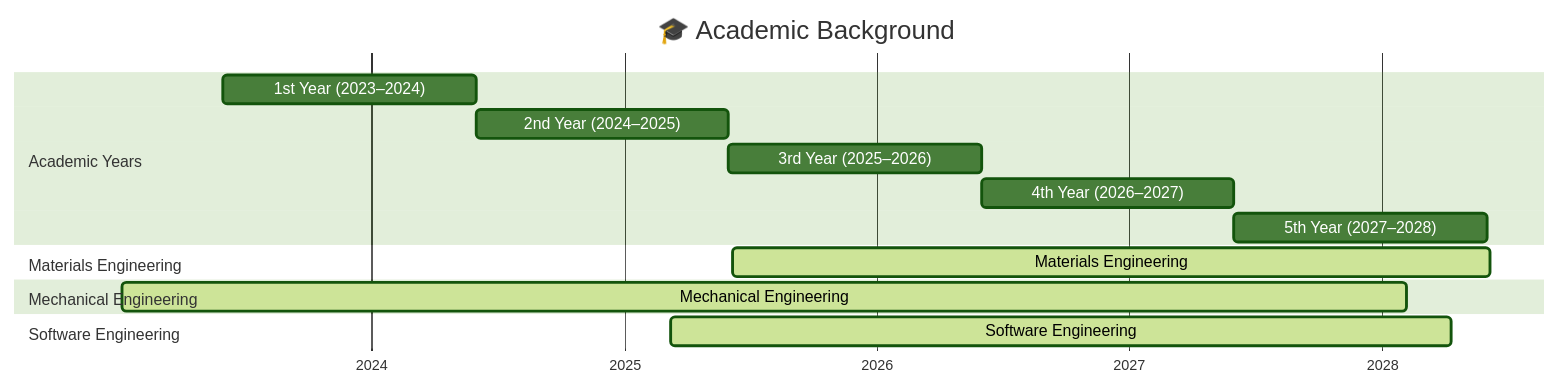
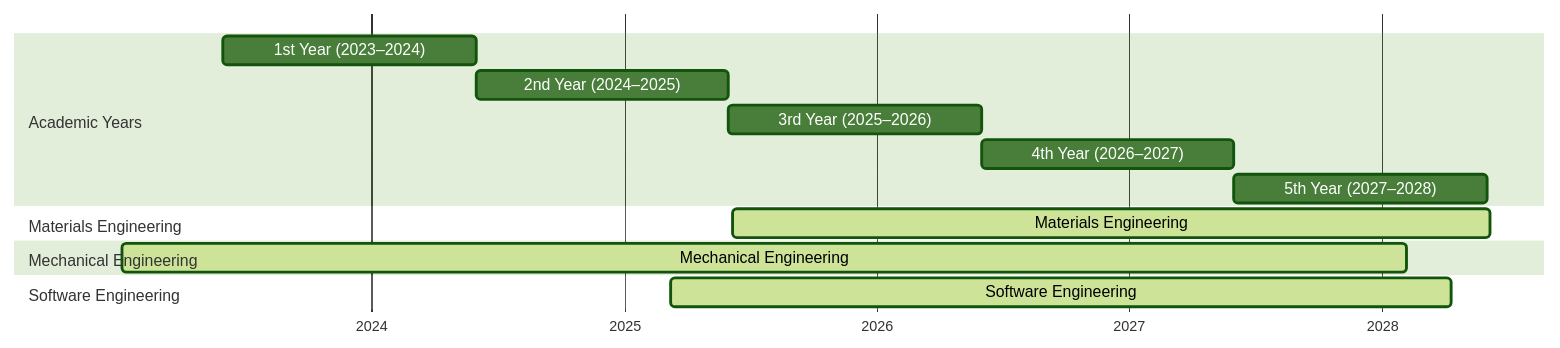
Before and after one commit to delblerferreira/delblerferreira: the first of 3 diagrams in README.md, drawn with Mermaid (forest theme).

````diff
--- a/README.md
+++ b/README.md
@@ -31,23 +31,22 @@
 ```mermaid
 gantt
     dateFormat  YYYY-MM-DD
     axisFormat  %Y
 
-    title 🎓 Academic Background
 
     section Academic Years
     1st Year (2023–2024)        :a1, 2023-06-01, 2024-06-01
     2nd Year (2024–2025)        :a2, 2024-06-01, 2025-06-01
     3rd Year (2025–2026)        :a3, 2025-06-01, 2026-06-01
     4th Year (2026–2027)        :a4, 2026-06-01, 2027-06-01
     5th Year (2027–2028)        :a5, 2027-06-01, 2028-06-01
 
     section Materials Engineering
     Materials Engineering       :active, materials, 2025-06-06, 2028-06-06
 
     section Mechanical Engineering
     Mechanical Engineering      :active, mechanical, 2023-01-06, 2028-02-06
 
     section Software Engineering
     Software Engineering        :active, software, 2025-03-10, 2028-04-10
 ```
````
